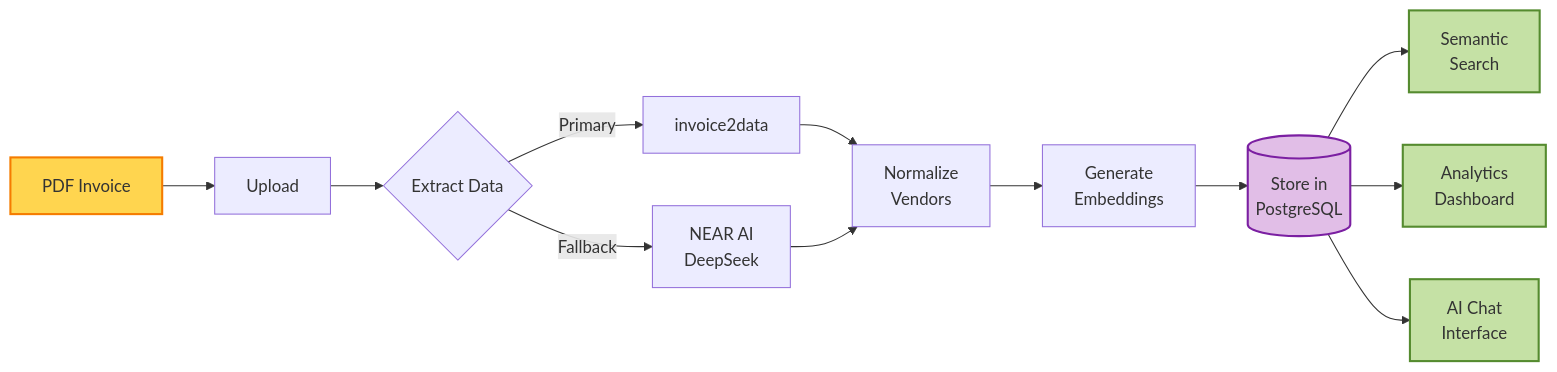
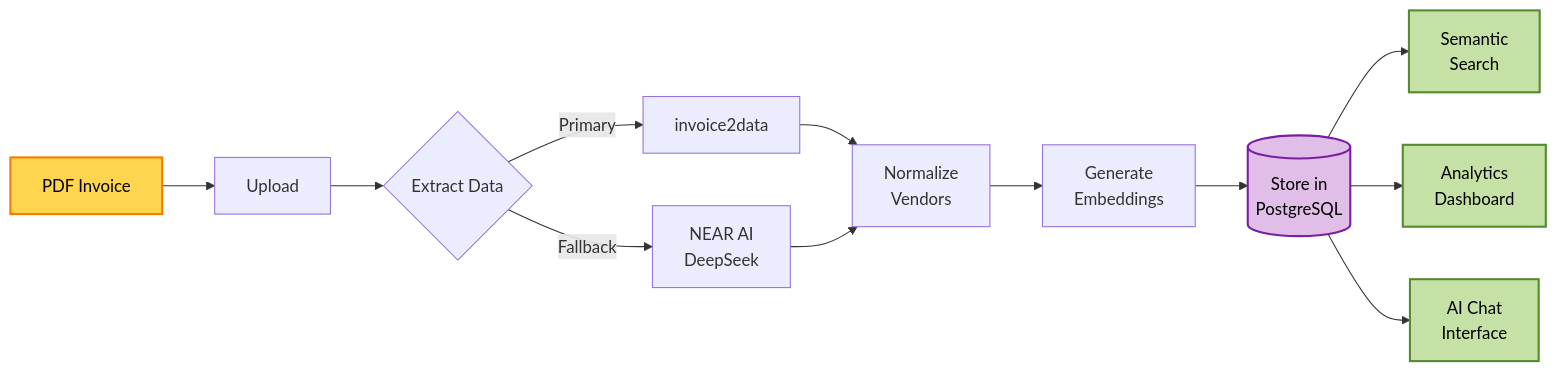
The second of 2 diagrams in README.md (Brand0Mand0/Invoice-intelligence), drawn with Mermaid before and after one commit. The commit also changed other lines of this file and 3 other files, not shown here.

First line of the commit message:
docs: improve diagram text contrast and remove standalone architecture files

````diff
--- a/README.md
+++ b/README.md
@@ -82,24 +82,24 @@
 ```mermaid
 flowchart LR
     PDF[PDF Invoice] --> UPLOAD[Upload]
     UPLOAD --> EXTRACT{Extract Data}
 
     EXTRACT -->|Primary| I2D[invoice2data]
     EXTRACT -->|Fallback| AI[NEAR AI<br/>DeepSeek]
 
     I2D --> NORM[Normalize<br/>Vendors]
     AI --> NORM
 
     NORM --> EMBED[Generate<br/>Embeddings]
     EMBED --> STORE[(Store in<br/>PostgreSQL)]
 
     STORE --> SEARCH[Semantic<br/>Search]
     STORE --> ANALYTICS[Analytics<br/>Dashboard]
     STORE --> CHAT[AI Chat<br/>Interface]
 
-    style PDF fill:#ffd54f,stroke:#f57c00,stroke-width:2px
-    style STORE fill:#e1bee7,stroke:#7b1fa2,stroke-width:2px
-    style SEARCH fill:#c5e1a5,stroke:#558b2f,stroke-width:2px
-    style ANALYTICS fill:#c5e1a5,stroke:#558b2f,stroke-width:2px
-    style CHAT fill:#c5e1a5,stroke:#558b2f,stroke-width:2px
+    style PDF fill:#ffd54f,stroke:#f57c00,stroke-width:2px,color:#000
+    style STORE fill:#e1bee7,stroke:#7b1fa2,stroke-width:2px,color:#000
+    style SEARCH fill:#c5e1a5,stroke:#558b2f,stroke-width:2px,color:#000
+    style ANALYTICS fill:#c5e1a5,stroke:#558b2f,stroke-width:2px,color:#000
+    style CHAT fill:#c5e1a5,stroke:#558b2f,stroke-width:2px,color:#000
 ```
````
